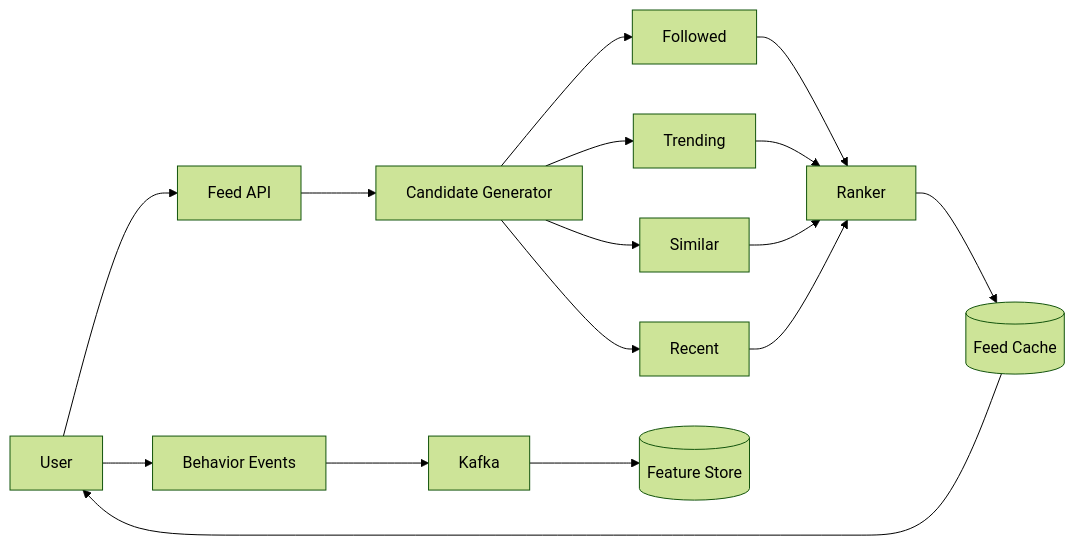
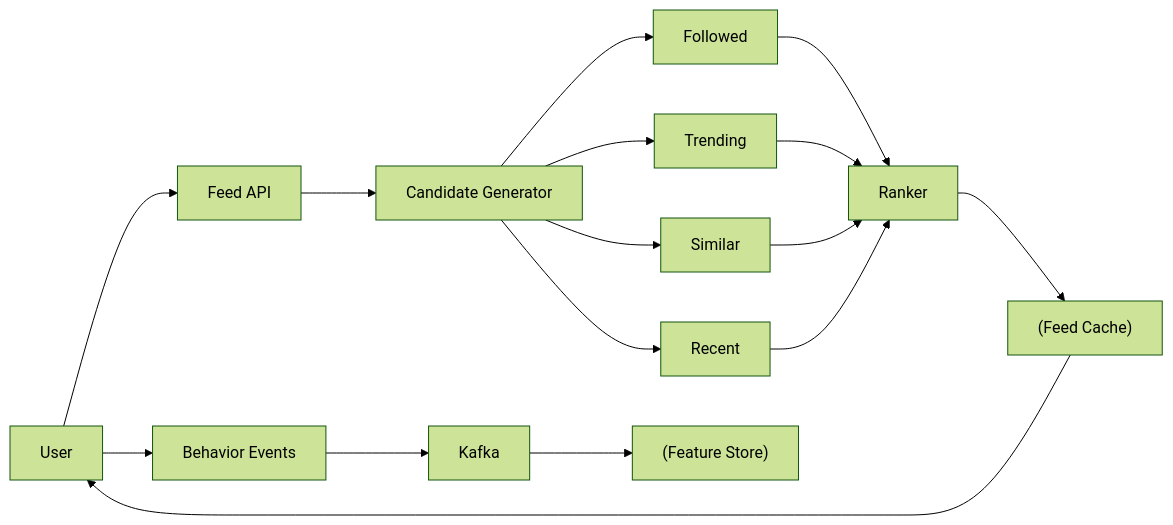
One commit to pankajThakur1874/studysheet changed the first of 3 diagrams in files/System-Design-Questions/15_news_feed_recommendation.md. Above: the diagram before and after it, drawn with Mermaid (forest theme). The commit also changed other lines of this file and 102 other files, not shown here.

Commit message:
Auto-fix Mermaid diagram syntax across all study guides to prevent Syntax Error in Mermaid v10

````diff
--- a/files/System-Design-Questions/15_news_feed_recommendation.md
+++ b/files/System-Design-Questions/15_news_feed_recommendation.md
@@ -76,18 +76,18 @@
 ```mermaid
 flowchart LR
     U[User] --> API[Feed API]
     API --> CG[Candidate Generator]
     CG --> F1[Followed]
     CG --> F2[Trending]
     CG --> F3[Similar]
     CG --> F4[Recent]
     F1 --> R[Ranker]
     F2 --> R
     F3 --> R
     F4 --> R
-    R --> C[(Feed Cache)]
+    R --> C["(Feed Cache)"]
     C --> U
     U --> EV[Behavior Events]
     EV --> K[Kafka]
-    K --> FS[(Feature Store)]
+    K --> FS["(Feature Store)"]
 ```
````
